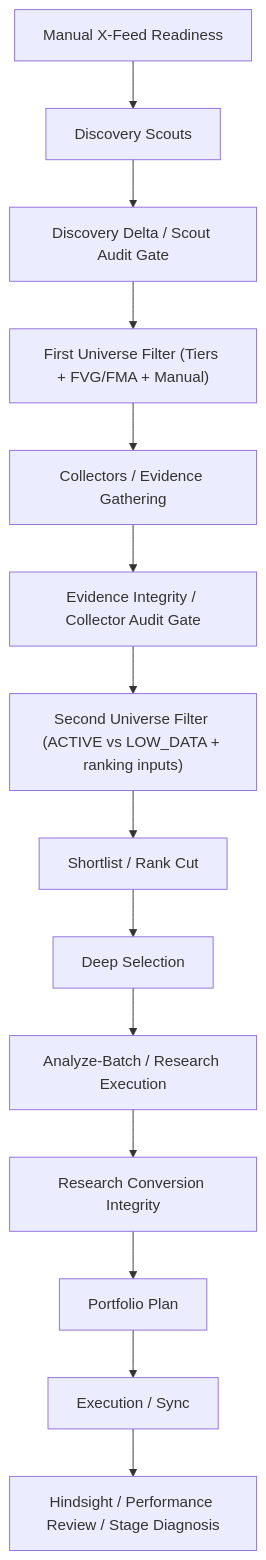
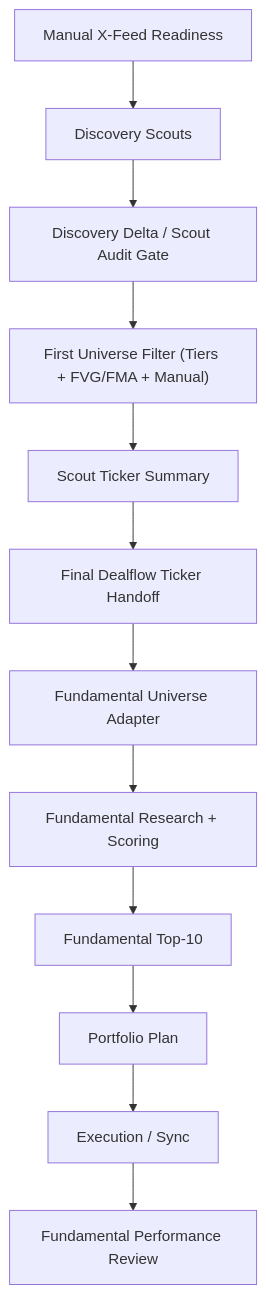
Before and after one commit to VPAeternus/Aeternus: the diagram in docs/research/aeternus-daily-pipeline-debug-runbook.md, drawn with Mermaid. The commit also changed other lines of this file and 3604 other files, not shown here.

First line of the commit message:
Retire pre-fundamental dealflow scoring

````diff
--- a/docs/research/aeternus-daily-pipeline-debug-runbook.md
+++ b/docs/research/aeternus-daily-pipeline-debug-runbook.md
@@ -35,16 +35,14 @@
 ```mermaid
 flowchart TD
     A["Manual X-Feed Readiness"] --> B["Discovery Scouts"]
     B --> C["Discovery Delta / Scout Audit Gate"]
     C --> D["First Universe Filter (Tiers + FVG/FMA + Manual)"]
-    D --> E["Collectors / Evidence Gathering"]
-    E --> F["Evidence Integrity / Collector Audit Gate"]
-    F --> G["Second Universe Filter (ACTIVE vs LOW_DATA + ranking inputs)"]
-    G --> H["Shortlist / Rank Cut"]
-    H --> I["Deep Selection"]
-    I --> J["Analyze-Batch / Research Execution"]
-    J --> K["Research Conversion Integrity"]
-    K --> L["Portfolio Plan"]
-    L --> M["Execution / Sync"]
-    M --> N["Hindsight / Performance Review / Stage Diagnosis"]
+    D --> E["Scout Ticker Summary"]
+    E --> F["Final Dealflow Ticker Handoff"]
+    F --> G["Fundamental Universe Adapter"]
+    G --> H["Fundamental Research + Scoring"]
+    H --> I["Fundamental Top-10"]
+    I --> J["Portfolio Plan"]
+    J --> K["Execution / Sync"]
+    K --> L["Fundamental Performance Review"]
 ```
````
